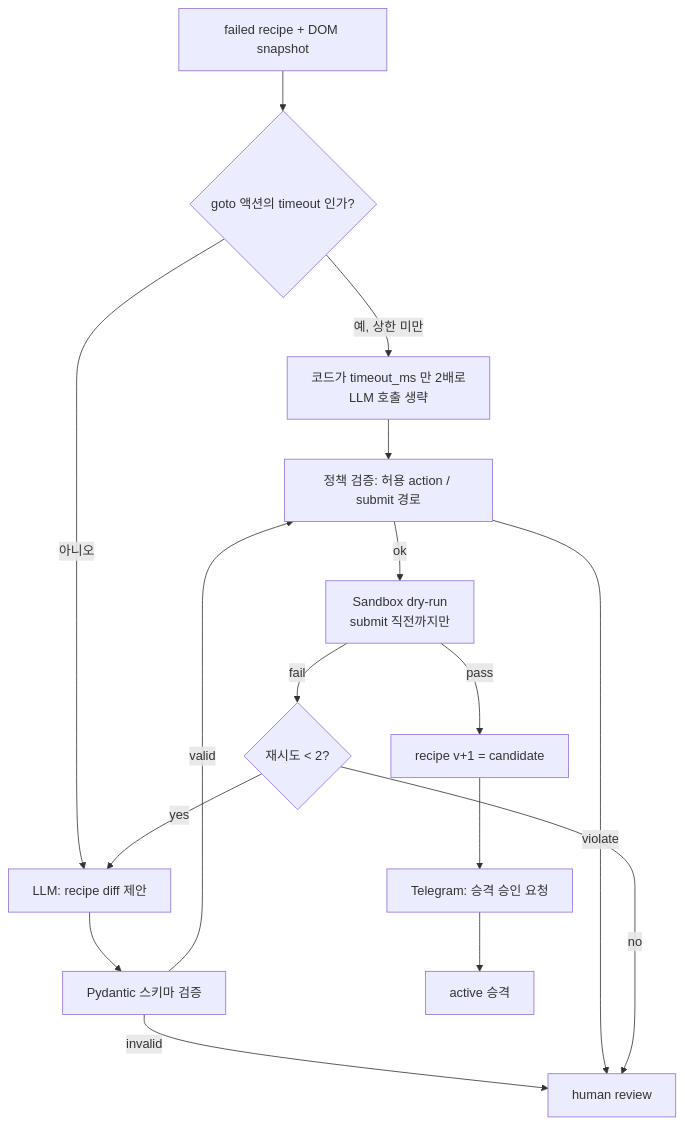
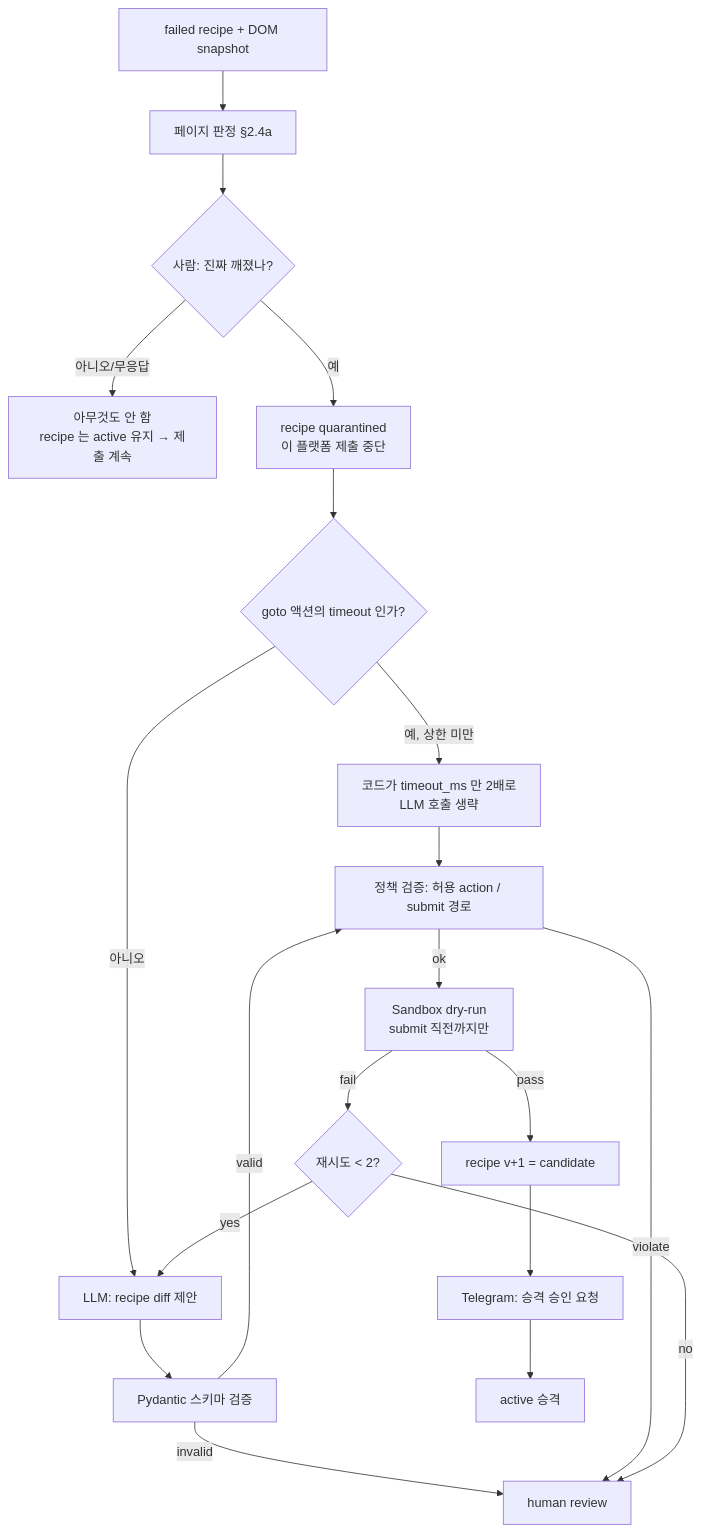
Before and after one commit to YaleDevUni/auto-apply-v2: the first of 3 diagrams in docs/architecture/02-4-repair-and-supervision.md, drawn with Mermaid. The commit also changed other lines of this file and 29 other files, not shown here.

````diff
--- a/docs/architecture/02-4-repair-and-supervision.md
+++ b/docs/architecture/02-4-repair-and-supervision.md
@@ -9,18 +9,22 @@
 ```mermaid
 flowchart TB
-    A[failed recipe + DOM snapshot] --> T{goto 액션의 timeout 인가?}
+    A[failed recipe + DOM snapshot] --> DX[페이지 판정 §2.4a]
+    DX --> HQ{사람: 진짜 깨졌나?}
+    HQ -->|아니오/무응답| SD[아무것도 안 함<br/>recipe 는 active 유지 → 제출 계속]
+    HQ -->|예| QN[recipe quarantined<br/>이 플랫폼 제출 중단]
+    QN --> T{goto 액션의 timeout 인가?}
     T -->|예, 상한 미만| BT[코드가 timeout_ms 만 2배로<br/>LLM 호출 생략]
     BT --> D
     T -->|아니오| B[LLM: recipe diff 제안]
     B --> C[Pydantic 스키마 검증]
     C -->|invalid| H[human review]
     C -->|valid| D[정책 검증: 허용 action / submit 경로]
     D -->|violate| H
     D -->|ok| E[Sandbox dry-run<br/>submit 직전까지만]
     E -->|fail| F{재시도 < 2?}
     F -->|yes| B
     F -->|no| H
     E -->|pass| G[recipe v+1 = candidate]
     G --> I[Telegram: 승격 승인 요청]
     I --> J[active 승격]
 ```
````
